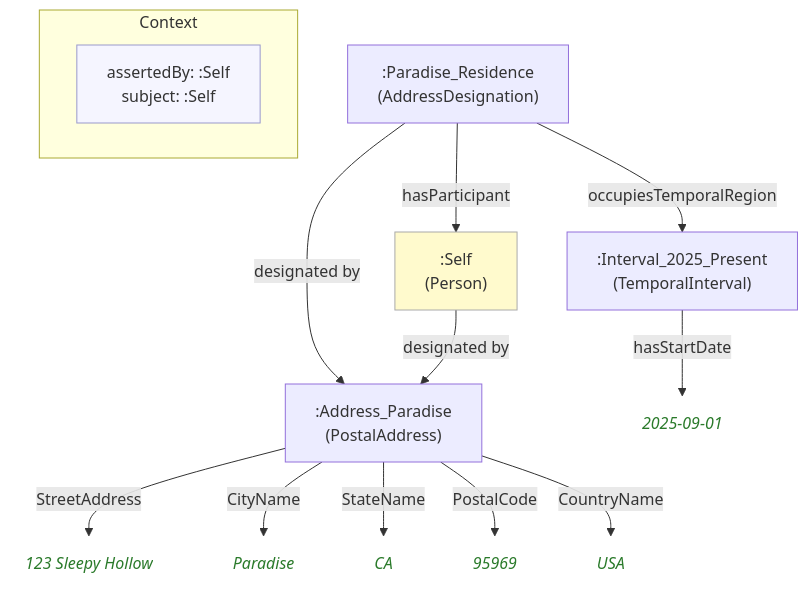
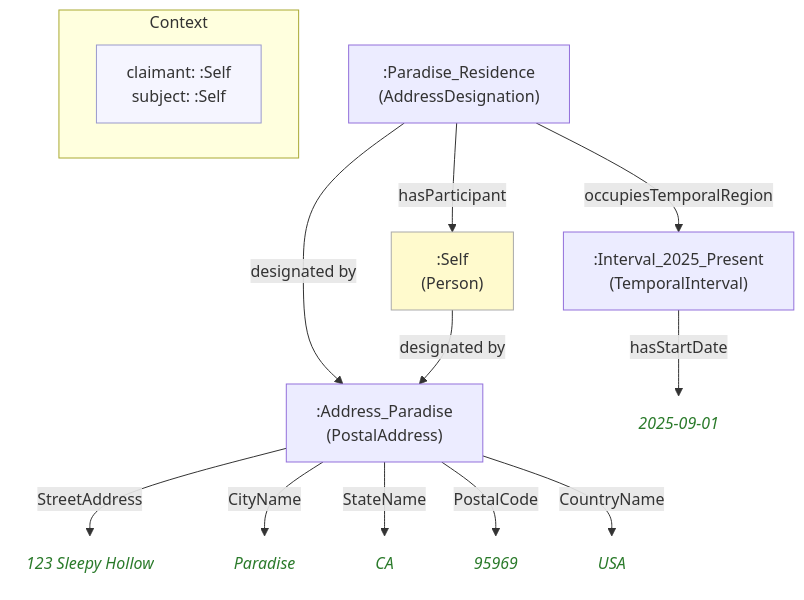
Before and after one commit to MeeFoundation/mia-ontologies: the diagram in example/contexts/images/self.self(paradise)(municipality)(18).mmd, drawn with Mermaid. The commit also changed 109 other files, not shown here.

First line of the commit message:
Rename context:assertedBy to context:claimant

```diff
--- a/example/contexts/images/self.self(paradise)(municipality)(18).mmd
+++ b/example/contexts/images/self.self(paradise)(municipality)(18).mmd
@@ -1,33 +1,33 @@
 flowchart TD
     classDef person fill:#fffacd,stroke:#aaa,color:#333
     classDef grp    fill:#d4edda,stroke:#aaa,color:#333
     classDef org    fill:#cce5ff,stroke:#aaa,color:#333
     classDef lit    fill:none,stroke:none,font-style:italic,color:#2a7a2a
     classDef meta   fill:#f5f5ff,stroke:#9999cc,color:#333
 
     subgraph ctx["Context"]
         direction LR
-        ctx_meta["assertedBy: :Self\nsubject: :Self"]:::meta
+        ctx_meta["claimant: :Self\nsubject: :Self"]:::meta
     end
 
     ndbcf44a48000[":Address_Paradise\n(PostalAddress)"]
-    n55d00360e229("123 Sleepy Hollow"):::lit
-    nc323f079c223("Paradise"):::lit
-    n5f2fb957a672("CA"):::lit
-    n1582ea63ed88("95969"):::lit
-    n6d1caa880439("USA"):::lit
+    n7fdb60420c58("123 Sleepy Hollow"):::lit
+    n28fbf543e2fe("Paradise"):::lit
+    n2f1c09424f20("CA"):::lit
+    na81beed35852("95969"):::lit
+    n26c9872f48b1("USA"):::lit
     naf26563dc3c8[":Interval_2025_Present\n(TemporalInterval)"]
     n8987ca649e35("2025-09-01"):::lit
     n0eecd6ebe039[":Paradise_Residence\n(AddressDesignation)"]
     ne0c3ba92f1db[":Self\n(Person)"]:::person
 
-    ndbcf44a48000 -->|"StreetAddress"| n55d00360e229
-    ndbcf44a48000 -->|"CityName"| nc323f079c223
-    ndbcf44a48000 -->|"StateName"| n5f2fb957a672
-    ndbcf44a48000 -->|"PostalCode"| n1582ea63ed88
-    ndbcf44a48000 -->|"CountryName"| n6d1caa880439
+    ndbcf44a48000 -->|"StreetAddress"| n7fdb60420c58
+    ndbcf44a48000 -->|"CityName"| n28fbf543e2fe
+    ndbcf44a48000 -->|"StateName"| n2f1c09424f20
+    ndbcf44a48000 -->|"PostalCode"| na81beed35852
+    ndbcf44a48000 -->|"CountryName"| n26c9872f48b1
     naf26563dc3c8 -->|"hasStartDate"| n8987ca649e35
     n0eecd6ebe039 -->|"hasParticipant"| ne0c3ba92f1db
     n0eecd6ebe039 -->|"designated by"| ndbcf44a48000
     n0eecd6ebe039 -->|"occupiesTemporalRegion"| naf26563dc3c8
     ne0c3ba92f1db -->|"designated by"| ndbcf44a48000
```
